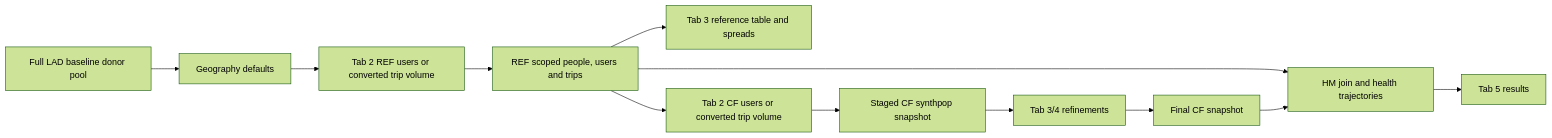
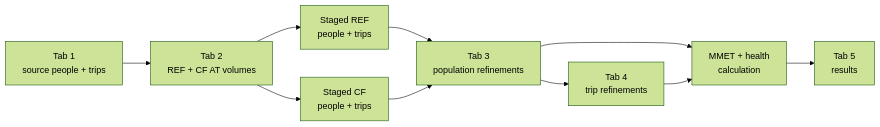
Before and after one commit to ATE-tool/MIAMA-HUB: the third of 6 diagrams in docs/methodology.qmd, drawn with Mermaid (forest theme). The commit also changed other lines of this file and 60 other files, not shown here.

````diff
--- a/docs/methodology.qmd
+++ b/docs/methodology.qmd
@@ -333,14 +262,22 @@
 ```{mermaid}
+%%| fig-width: 6.3
 flowchart LR
-  A[Full LAD baseline donor pool] --> B[Geography defaults]
-  B --> C[Tab 2 REF users or converted trip volume]
-  C --> D[REF scoped people, users and trips]
-  D --> E[Tab 3 reference table and spreads]
-  D --> F[Tab 2 CF users or converted trip volume]
-  F --> G[Staged CF synthpop snapshot]
-  G --> H[Tab 3/4 refinements]
-  H --> I[Final CF snapshot]
-  D --> J[HM join and health trajectories]
-  I --> J
-  J --> K[Tab 5 results]
+  G[Tab 1<br/>source people + trips]
+  T2[Tab 2<br/>REF + CF AT volumes]
+  SR[Staged REF<br/>people + trips]
+  SC[Staged CF<br/>people + trips]
+  T3[Tab 3<br/>population refinements]
+  T4[Tab 4<br/>trip refinements]
+  H[MMET + health<br/>calculation]
+  R[Tab 5<br/>results]
+
+  G --> T2
+  T2 --> SR
+  T2 --> SC
+  SR --> T3
+  SC --> T3
+  T3 --> T4
+  T3 --> H
+  T4 --> H
+  H --> R
 ```
````
